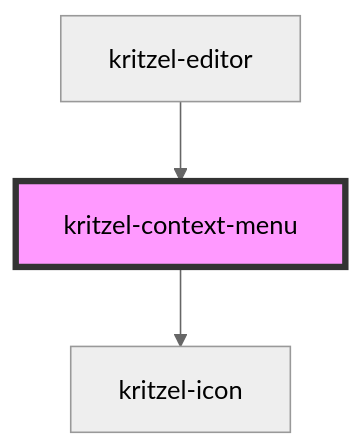
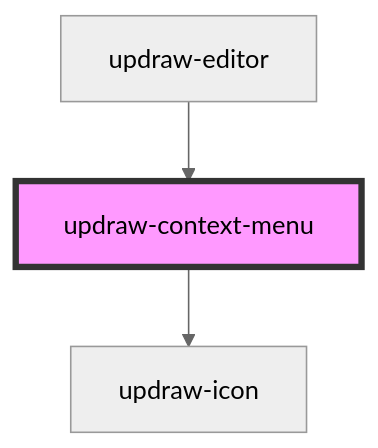
Before and after one commit to kasual1/kritzel: the diagram in libs/editor/core/src/components/updraw-context-menu/readme.md, drawn with Mermaid (neutral theme). The commit also changed other lines of this file and 1129 other files, not shown here.

First line of the commit message:
Replace kritzel with updraw across the codebase

````diff
--- a/libs/editor/core/src/components/updraw-context-menu/readme.md
+++ b/libs/editor/core/src/components/updraw-context-menu/readme.md
@@ -35,6 +35,6 @@
 ```mermaid
 graph TD;
-  kritzel-context-menu --> kritzel-icon
-  kritzel-editor --> kritzel-context-menu
-  style kritzel-context-menu fill:#f9f,stroke:#333,stroke-width:4px
+  updraw-context-menu --> updraw-icon
+  updraw-editor --> updraw-context-menu
+  style updraw-context-menu fill:#f9f,stroke:#333,stroke-width:4px
 ```
````
